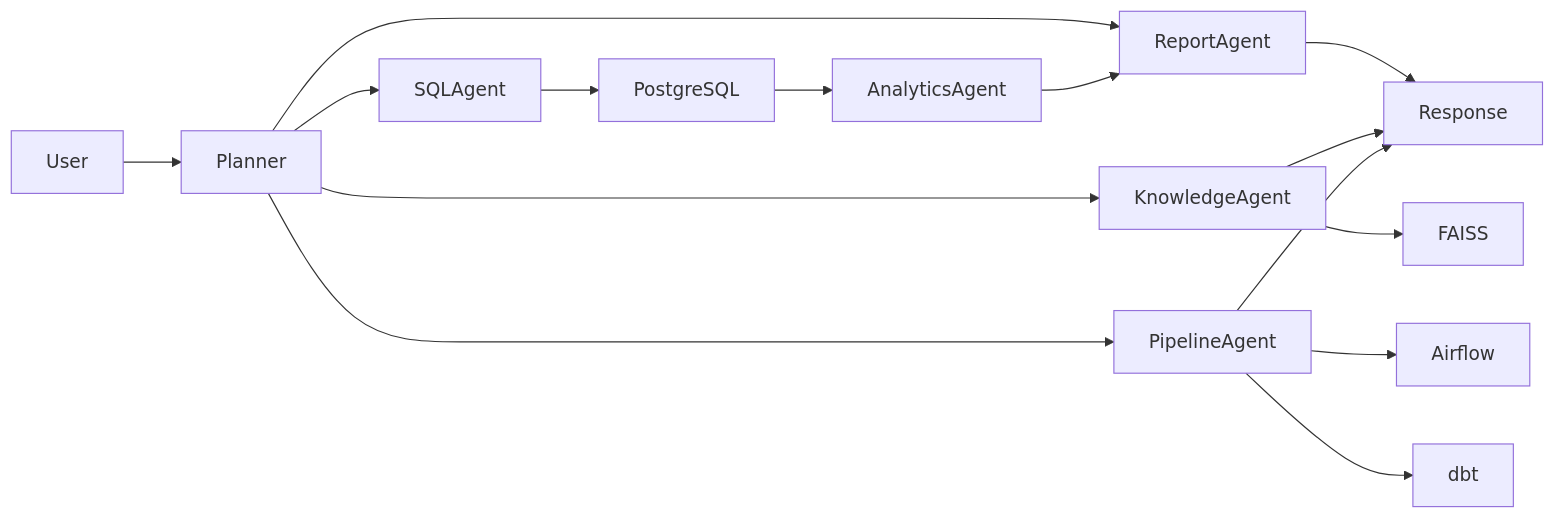
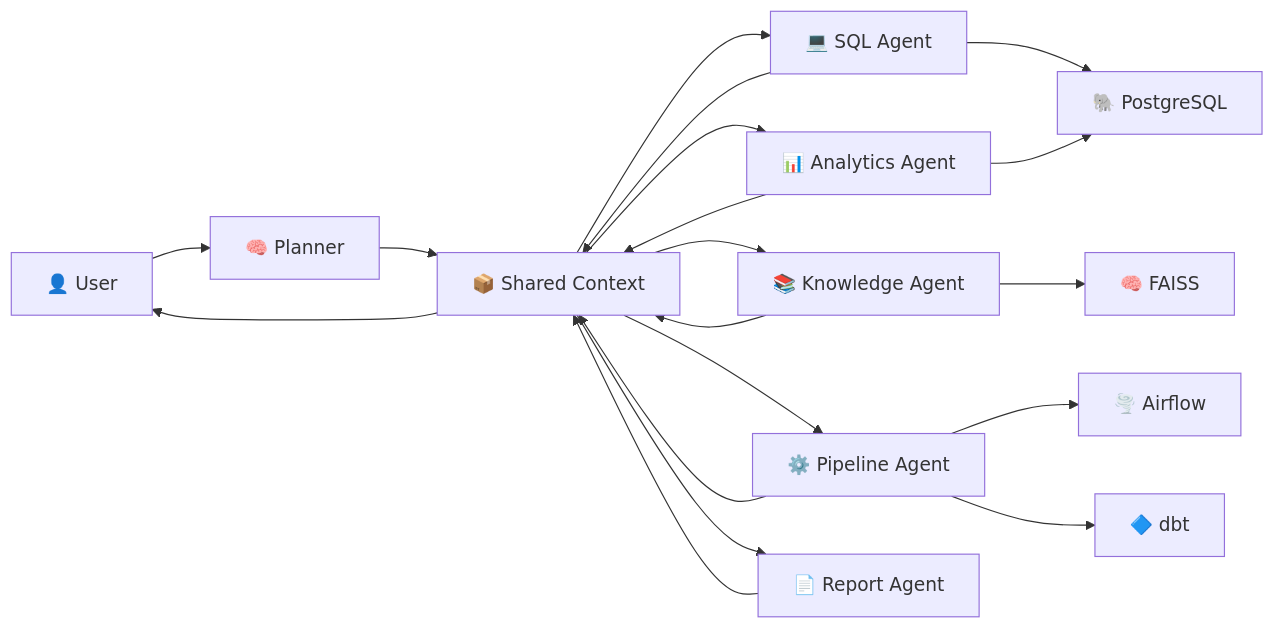
Before and after one commit to Dheerajyadav1/datapilot-platform: the fourth of 4 diagrams in README.md, drawn with Mermaid. The commit also changed other lines of this file, not shown here.

Commit message:
docs: major README overhaul with detailed platform documentation, architecture diagrams, and professional formatting

````diff
--- a/README.md
+++ b/README.md
@@ -82,17 +492,54 @@
-``` mermaid
+```mermaid
 flowchart LR
-User --> Planner
-Planner --> SQLAgent
-Planner --> KnowledgeAgent
-Planner --> PipelineAgent
-Planner --> ReportAgent
-SQLAgent --> PostgreSQL
-KnowledgeAgent --> FAISS
-PipelineAgent --> Airflow
-PipelineAgent --> dbt
-PostgreSQL --> AnalyticsAgent
-AnalyticsAgent --> ReportAgent
-ReportAgent --> Response
-KnowledgeAgent --> Response
-PipelineAgent --> Response
+
+    User["👤 User"]
+
+    Planner["🧠 Planner"]
+
+    Context["📦 Shared Context"]
+
+    SQL["💻 SQL Agent"]
+
+    Analytics["📊 Analytics Agent"]
+
+    Knowledge["📚 Knowledge Agent"]
+
+    Pipeline["⚙️ Pipeline Agent"]
+
+    Report["📄 Report Agent"]
+
+    PostgreSQL["🐘 PostgreSQL"]
+
+    FAISS["🧠 FAISS"]
+
+    Airflow["🌪️ Airflow"]
+
+    dbt["🔷 dbt"]
+
+    User --> Planner
+
+    Planner --> Context
+
+    Context --> SQL
+    Context --> Analytics
+    Context --> Knowledge
+    Context --> Pipeline
+    Context --> Report
+
+    SQL --> PostgreSQL
+
+    Analytics --> PostgreSQL
+
+    Knowledge --> FAISS
+
+    Pipeline --> Airflow
+    Pipeline --> dbt
+
+    SQL --> Context
+    Analytics --> Context
+    Knowledge --> Context
+    Pipeline --> Context
+    Report --> Context
+
+    Context --> User
 ```
````
